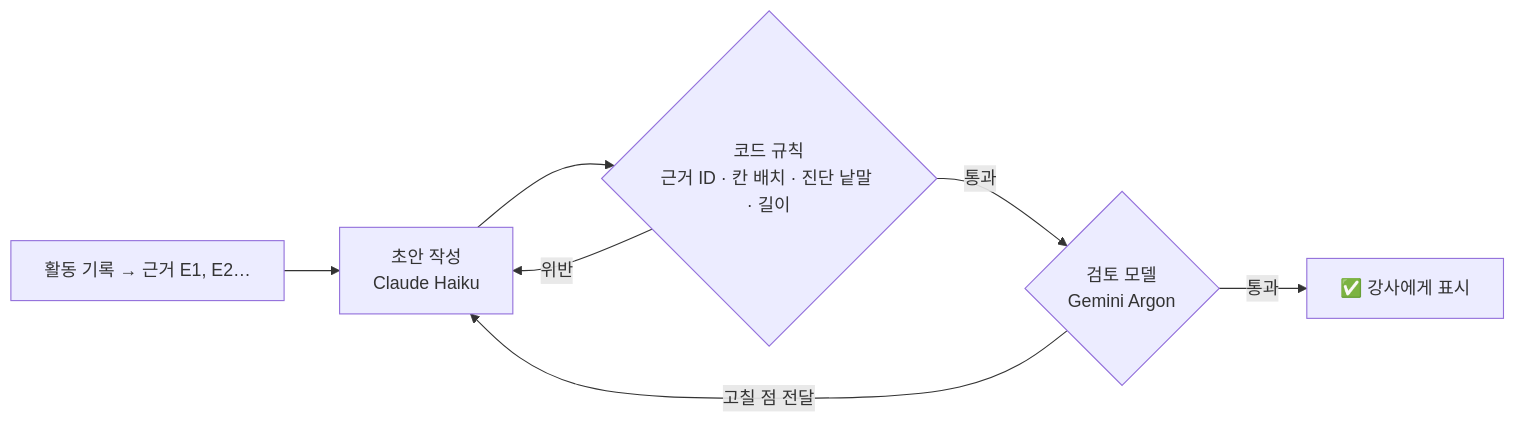
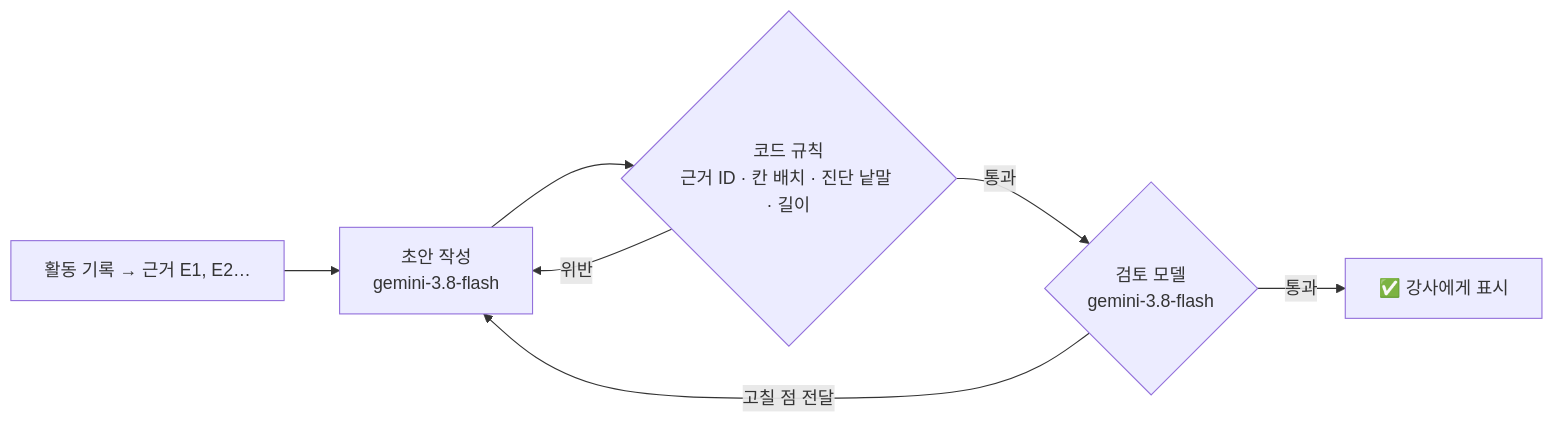
The second of 3 diagrams in README.md (kakaotechcampus-4/ktc4-chonnam-4), drawn with Mermaid before and after one commit. The commit also changed other lines of this file and 1 other file, not shown here.

First line of the commit message:
docs: README AI 모델을 gemini-3.8-flash 로 바꾸고 시스템 아키텍처 그림 교체

````diff
--- a/README.md
+++ b/README.md
@@ -238,9 +238,9 @@
 ```mermaid
 flowchart LR
-  E["활동 기록 → 근거 E1, E2…"] --> D["초안 작성<br/>Claude Haiku"]
+  E["활동 기록 → 근거 E1, E2…"] --> D["초안 작성<br/>gemini-3.8-flash"]
   D --> R{"코드 규칙<br/>근거 ID · 칸 배치 · 진단 낱말 · 길이"}
   R -- "위반" --> D
-  R -- "통과" --> V{"검토 모델<br/>Gemini Argon"}
+  R -- "통과" --> V{"검토 모델<br/>gemini-3.8-flash"}
   V -- "고칠 점 전달" --> D
   V -- "통과" --> OK["✅ 강사에게 표시"]
 ```
````
